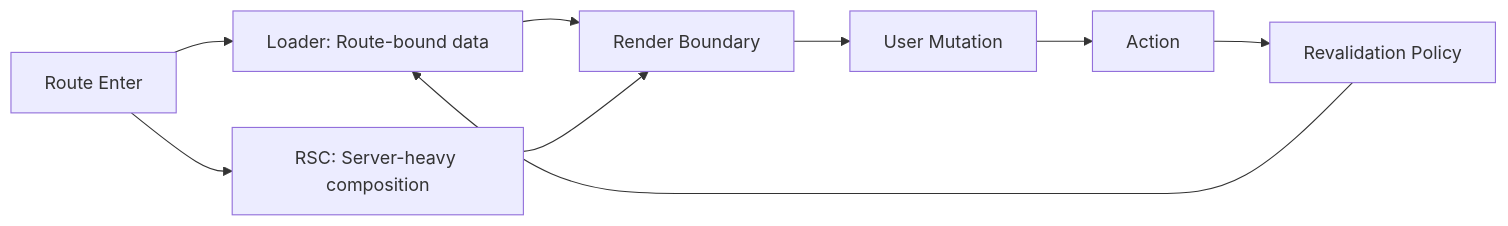
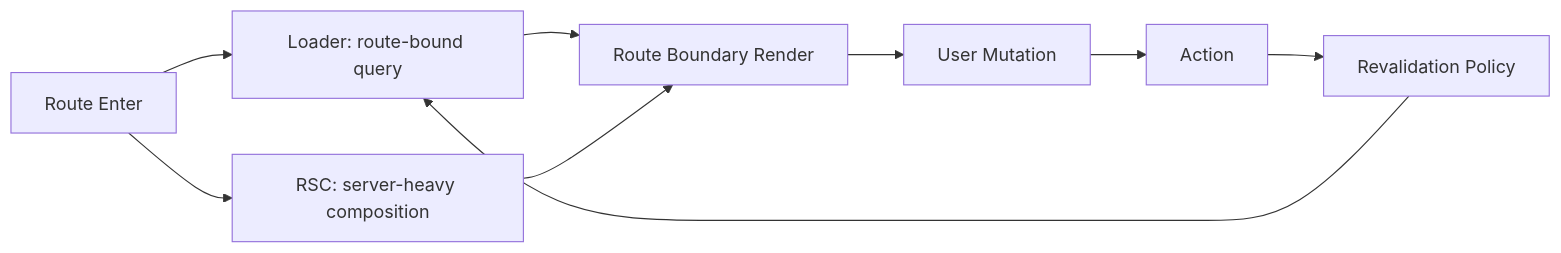
The diagram in content/react/react-router-v7-rsc-03-loader-action-vs-rsc.md (mje807/dev-blog), drawn with Mermaid before and after one commit. The commit also changed other lines of this file and 4 other files, not shown here.

````diff
--- a/content/react/react-router-v7-rsc-03-loader-action-vs-rsc.md
+++ b/content/react/react-router-v7-rsc-03-loader-action-vs-rsc.md
@@ -58,11 +139,11 @@
 ```mermaid
 flowchart LR
-  A[Route Enter] --> B[Loader: Route-bound data]
-  A --> C[RSC: Server-heavy composition]
-  B --> D[Render Boundary]
+  A[Route Enter] --> B[Loader: route-bound query]
+  A --> C[RSC: server-heavy composition]
+  B --> D[Route Boundary Render]
   C --> D
   D --> E[User Mutation]
   E --> F[Action]
   F --> G[Revalidation Policy]
   G --> B
 ```
````
